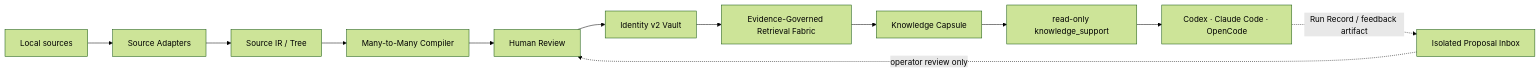
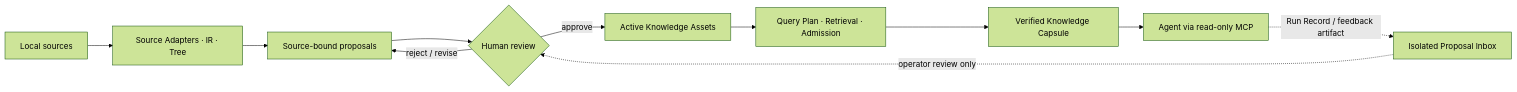
The diagram in README.md (Eysn0130/DeepLaw), drawn with Mermaid (forest theme) before and after one commit. The commit also changed other lines of this file and 8 other files, not shown here.

Commit message:
docs: redesign the v0.7 open-source homepage

````diff
--- a/README.md
+++ b/README.md
@@ -81,14 +106,13 @@
 ```mermaid
 flowchart LR
-  S["Local sources"] --> A["Source Adapters"]
-  A --> IR["Source IR / Tree"]
-  IR --> C["Many-to-Many Compiler"]
-  C --> R["Human Review"]
-  R --> V["Identity v2 Vault"]
-  V --> Q["Evidence-Governed Retrieval Fabric"]
-  Q --> K["Knowledge Capsule"]
-  K --> M["read-only knowledge_support"]
-  M --> G["Codex · Claude Code · OpenCode"]
-  G -. "Run Record / feedback artifact" .-> I["Isolated Proposal Inbox"]
+  S["Local sources"] --> IR["Source Adapters · IR · Tree"]
+  IR --> P["Source-bound proposals"]
+  P --> R{"Human review"}
+  R -->|approve| K["Active Knowledge Assets"]
+  R -->|reject / revise| P
+  K --> Q["Query Plan · Retrieval · Admission"]
+  Q --> C["Verified Knowledge Capsule"]
+  C --> A["Agent via read-only MCP"]
+  A -. "Run Record / feedback artifact" .-> I["Isolated Proposal Inbox"]
   I -. "operator review only" .-> R
 ```
````
